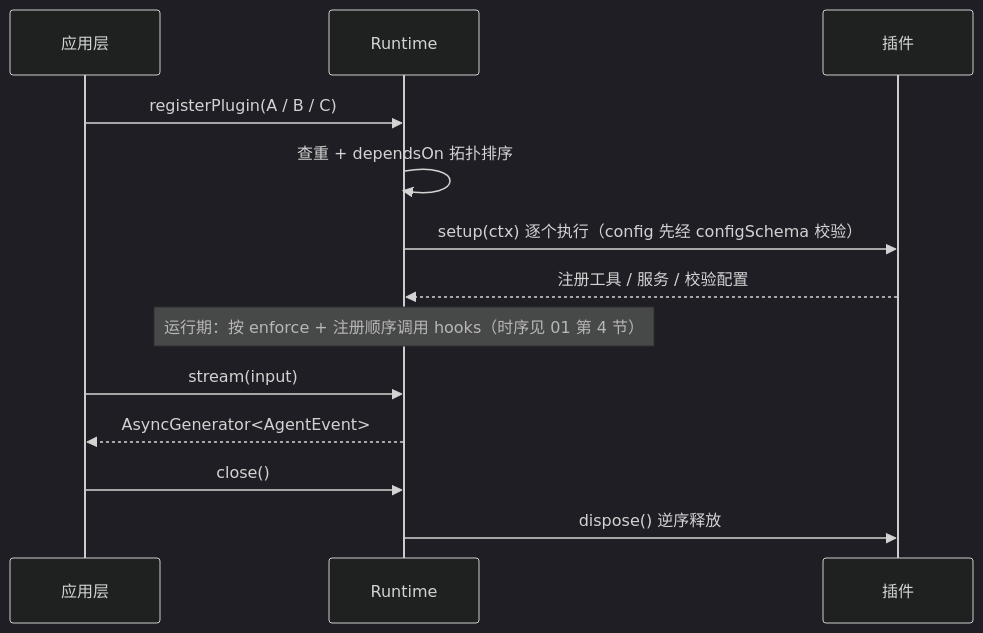
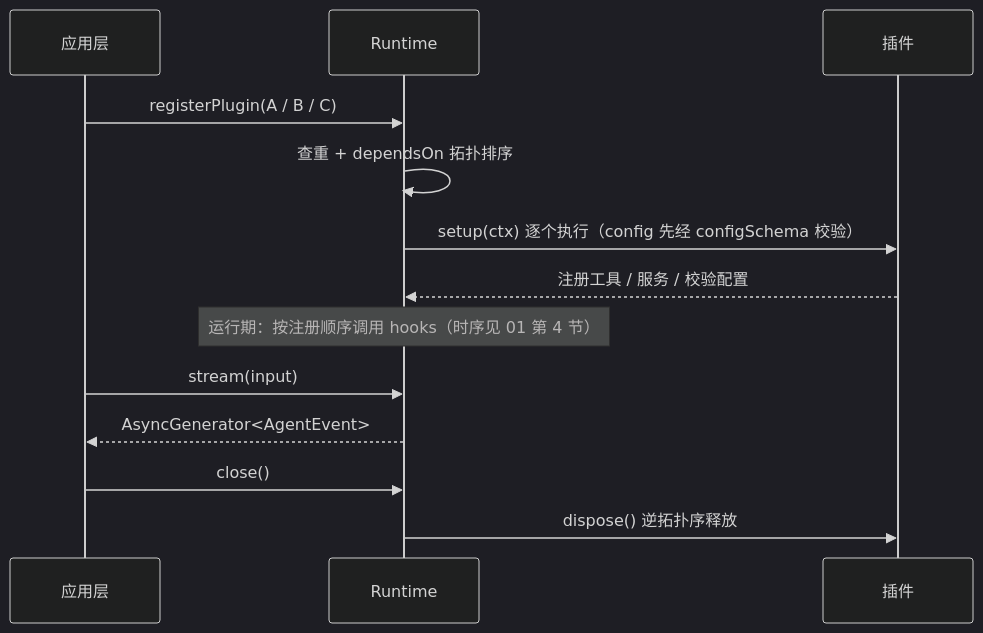
One commit to belos-street/kb-vault changed the second of 2 diagrams in src/artificial-intelligence/agent/agent-kernel/doc/03-插件系统与钩子设计.md. Above: the diagram before and after it, drawn with Mermaid (dark theme). The commit also changed other lines of this file and 47 other files, not shown here.

````diff
--- a/src/artificial-intelligence/agent/agent-kernel/doc/03-插件系统与钩子设计.md
+++ b/src/artificial-intelligence/agent/agent-kernel/doc/03-插件系统与钩子设计.md
@@ -138,15 +179,15 @@
 ```mermaid
 sequenceDiagram
     participant App as 应用层
     participant RT as Runtime
     participant P as 插件
     App->>RT: registerPlugin(A / B / C)
     RT->>RT: 查重 + dependsOn 拓扑排序
     RT->>P: setup(ctx) 逐个执行（config 先经 configSchema 校验）
     P-->>RT: 注册工具 / 服务 / 校验配置
-    Note over RT: 运行期：按 enforce + 注册顺序调用 hooks（时序见 01 第 4 节）
+    Note over RT: 运行期：按注册顺序调用 hooks（时序见 01 第 4 节）
     App->>RT: stream(input)
     RT-->>App: AsyncGenerator<AgentEvent>
     App->>RT: close()
-    RT->>P: dispose() 逆序释放
+    RT->>P: dispose() 逆拓扑序释放
 ```
````
